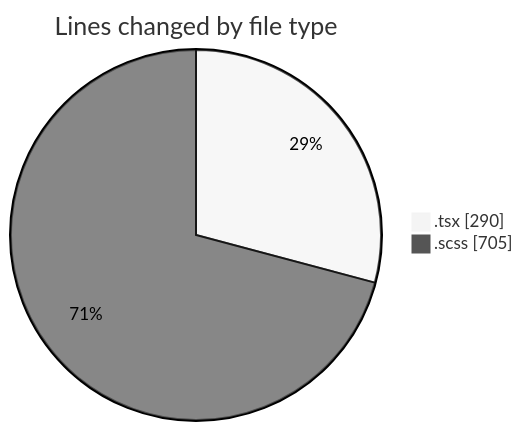
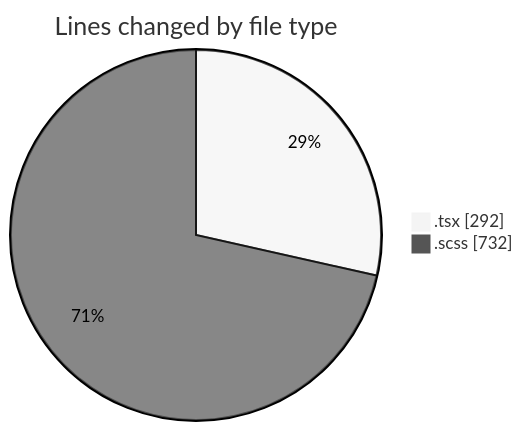
The first of 2 diagrams in 2025-09-19/cda/README.md (momahboobian/code-tracking), drawn with Mermaid (neutral theme) before and after one commit. The commit also changed other lines of this file and 1 other file, not shown here.

````diff
--- a/2025-09-19/cda/README.md
+++ b/2025-09-19/cda/README.md
@@ -21,6 +21,6 @@
 ```mermaid
 pie showData
 title Lines changed by file type
-".tsx" : 290
-".scss" : 705
+".tsx" : 292
+".scss" : 732
 ```
````
